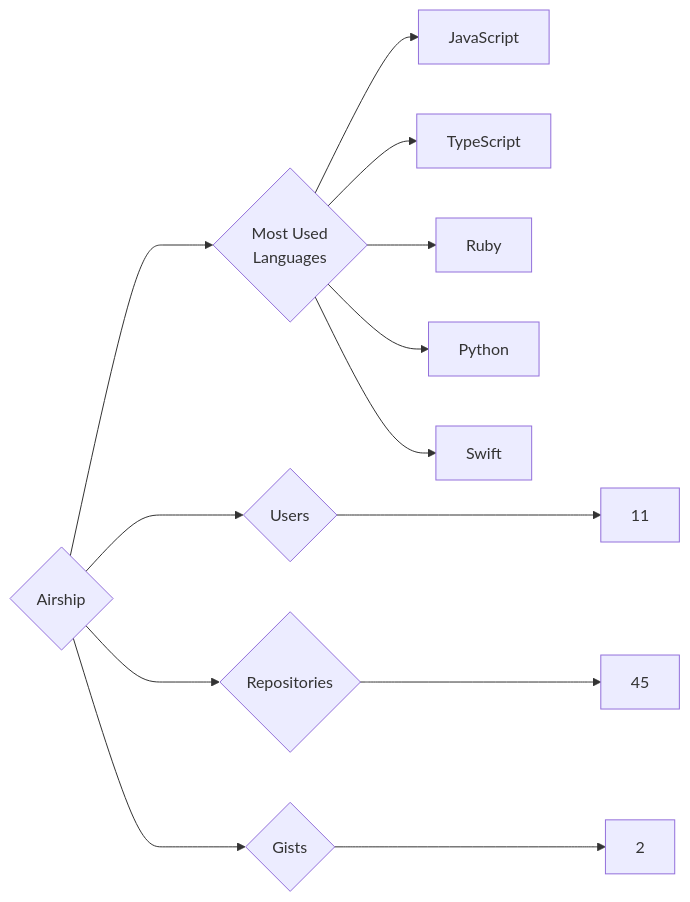
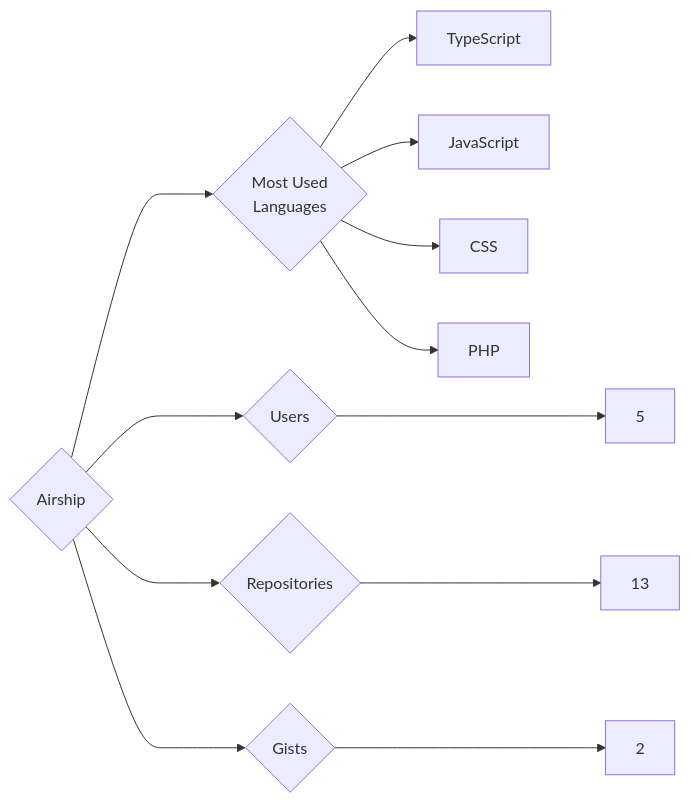
The diagram in targets/Airship/README.md (trickest/insiders), drawn with Mermaid before and after one commit. The commit also changed 699 other files, not shown here.

````diff
--- a/targets/Airship/README.md
+++ b/targets/Airship/README.md
@@ -3,13 +3,12 @@
 ```mermaid
 graph LR
 COMPANY_NAME{Airship}
-COMPANY_NAME ---> U{Users} ---> UN[11]
-COMPANY_NAME ---> R{Repositories} ---> RN[45]
+COMPANY_NAME ---> U{Users} ---> UN[5]
+COMPANY_NAME ---> R{Repositories} ---> RN[13]
 COMPANY_NAME ---> G{Gists} ---> GN[2]
 COMPANY_NAME ---> ML{Most Used<br>Languages}
+ML --> TypeScript[TypeScript]
 ML --> JavaScript[JavaScript]
-ML --> TypeScript[TypeScript]
-ML --> Ruby[Ruby]
-ML --> Python[Python]
-ML --> Swift[Swift]
+ML --> CSS[CSS]
+ML --> PHP[PHP]
 ```
````
